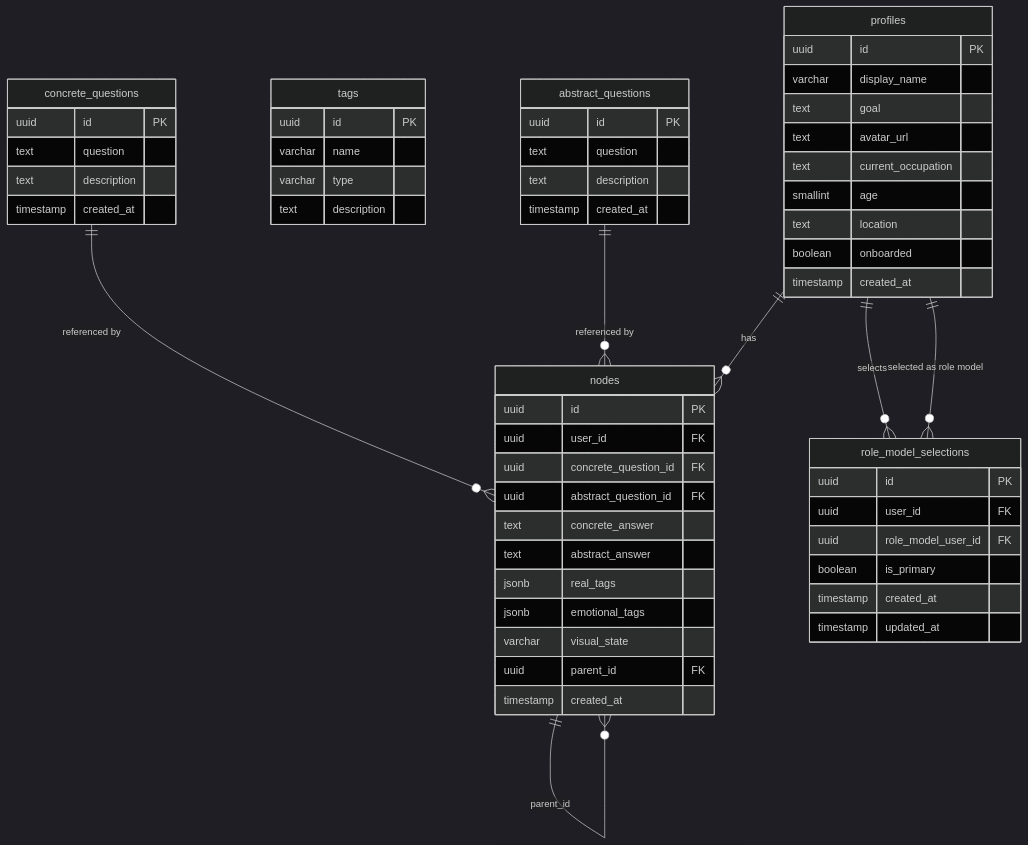
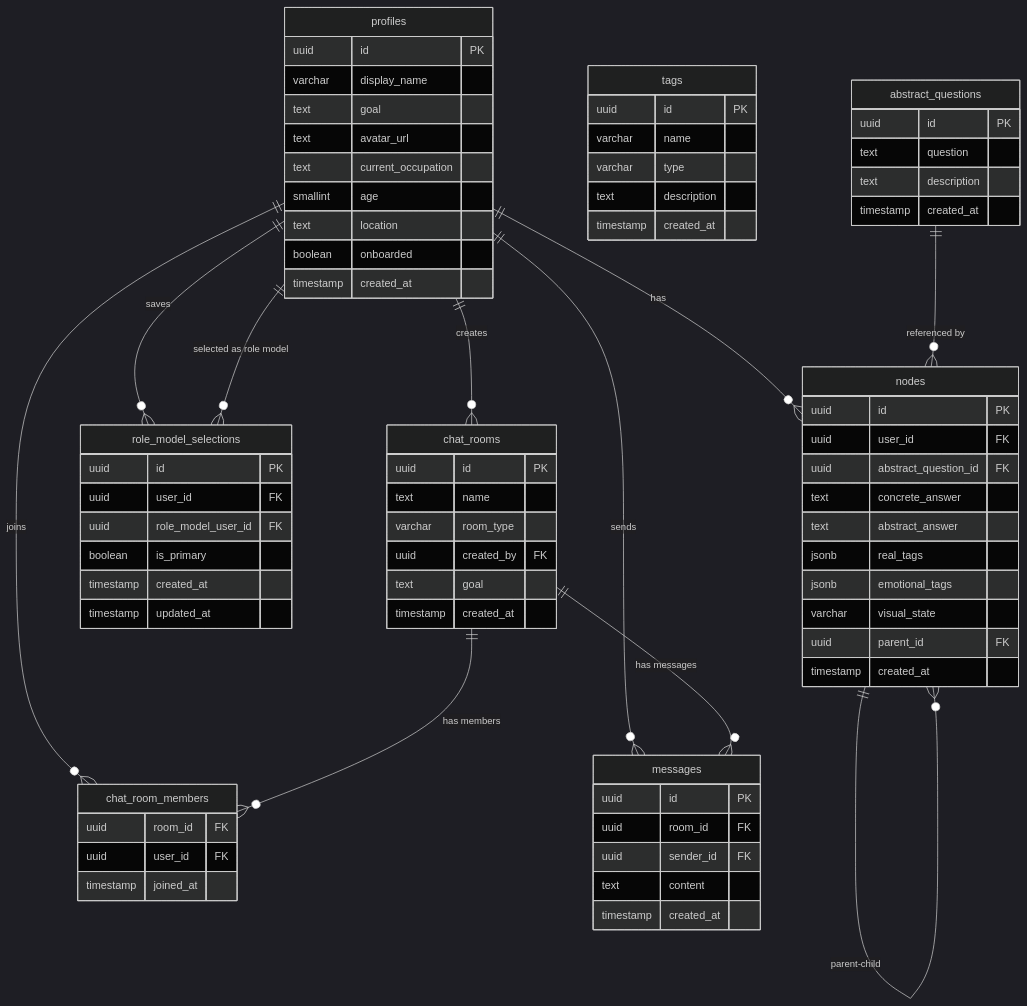
The diagram in docs/details/05_erd.md (Asheze1127/hackathon-2026-in-apu), drawn with Mermaid (dark theme) before and after one commit. The commit also changed other lines of this file and 8 other files, not shown here.

````diff
--- a/docs/details/05_erd.md
+++ b/docs/details/05_erd.md
@@ -49,6 +50,7 @@
         varchar name
         varchar type
         text description
+        timestamp created_at
     }
 
     abstract_questions {
@@ -58,17 +60,9 @@
         timestamp created_at
     }
 
-    concrete_questions {
-        uuid id PK
-        text question
-        text description
-        timestamp created_at
-    }
-
     nodes {
         uuid id PK
         uuid user_id FK
-        uuid concrete_question_id FK
         uuid abstract_question_id FK
         text concrete_answer
         text abstract_answer
@@ -88,10 +82,37 @@
         timestamp updated_at
     }
 
+    chat_rooms {
+        uuid id PK
+        text name
+        varchar room_type
+        uuid created_by FK
+        text goal
+        timestamp created_at
+    }
+
+    chat_room_members {
+        uuid room_id FK
+        uuid user_id FK
+        timestamp joined_at
+    }
+
+    messages {
+        uuid id PK
+        uuid room_id FK
+        uuid sender_id FK
+        text content
+        timestamp created_at
+    }
+
     profiles ||--o{ nodes : "has"
-    profiles ||--o{ role_model_selections : "selects"
+    abstract_questions ||--o{ nodes : "referenced by"
+    nodes ||--o{ nodes : "parent-child"
+    profiles ||--o{ role_model_selections : "saves"
     profiles ||--o{ role_model_selections : "selected as role model"
-    concrete_questions ||--o{ nodes : "referenced by"
-    abstract_questions ||--o{ nodes : "referenced by"
-    nodes ||--o{ nodes : "parent_id"
+    profiles ||--o{ chat_rooms : "creates"
+    profiles ||--o{ chat_room_members : "joins"
+    profiles ||--o{ messages : "sends"
+    chat_rooms ||--o{ chat_room_members : "has members"
+    chat_rooms ||--o{ messages : "has messages"
 ```
````
